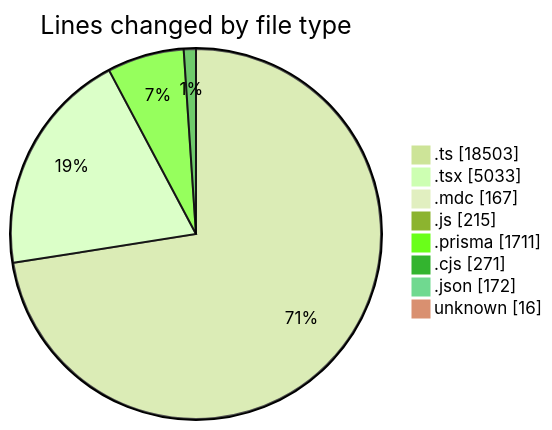
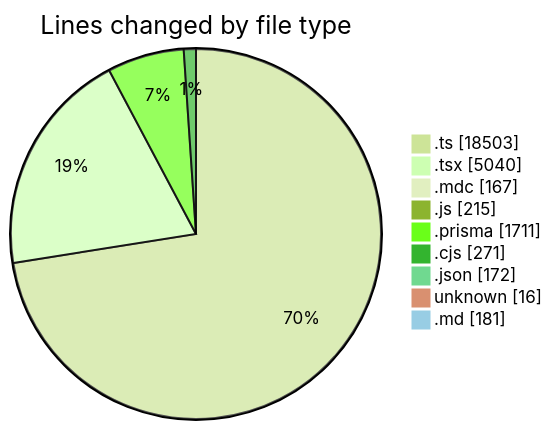
The first of 2 diagrams in 2025-06-06/ecodeli-1/README.md (CELIANVF/code-tracking), drawn with Mermaid (forest theme) before and after one commit. The commit also changed other lines of this file and 1 other file, not shown here.

````diff
--- a/2025-06-06/ecodeli-1/README.md
+++ b/2025-06-06/ecodeli-1/README.md
@@ -95,12 +96,13 @@
 ```mermaid
 pie showData
 title Lines changed by file type
 ".ts" : 18503
-".tsx" : 5033
+".tsx" : 5040
 ".mdc" : 167
 ".js" : 215
 ".prisma" : 1711
 ".cjs" : 271
 ".json" : 172
 "unknown" : 16
+".md" : 181
 ```
````
